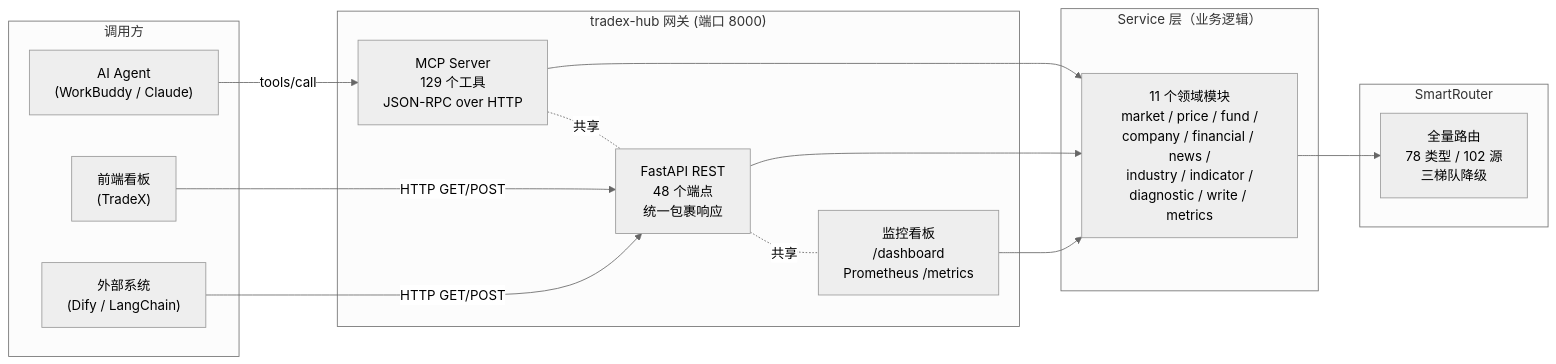
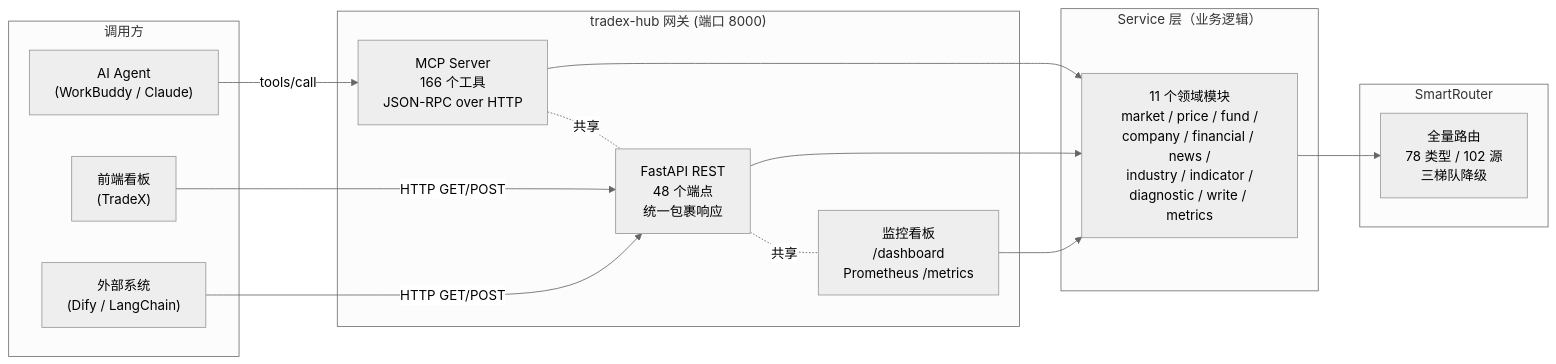
The first of 2 diagrams in README.md (wolfjkd/tradex-hub), drawn with Mermaid (neutral theme) before and after one commit. The commit also changed other lines of this file and 74 other files, not shown here.

````diff
--- a/README.md
+++ b/README.md
@@ -97,32 +97,32 @@
 ```mermaid
 flowchart LR
     subgraph Caller["调用方"]
         A1["AI Agent<br/>(WorkBuddy / Claude)"]
         A2["前端看板<br/>(TradeX)"]
         A3["外部系统<br/>(Dify / LangChain)"]
     end
 
     subgraph Gateway["tradex-hub 网关 (端口 8000)"]
-        B1["MCP Server<br/>129 个工具<br/>JSON-RPC over HTTP"]
+        B1["MCP Server<br/>166 个工具<br/>JSON-RPC over HTTP"]
         B2["FastAPI REST<br/>48 个端点<br/>统一包裹响应"]
         B3["监控看板<br/>/dashboard<br/>Prometheus /metrics"]
         B1 -.共享.- B2
         B2 -.共享.- B3
     end
 
     subgraph Service["Service 层（业务逻辑）"]
         C1["11 个领域模块<br/>market / price / fund /<br/>company / financial / news /<br/>industry / indicator /<br/>diagnostic / write / metrics"]
     end
 
     subgraph Router["SmartRouter"]
         D1["全量路由<br/>78 类型 / 102 源<br/>三梯队降级"]
     end
 
     A1 -->|tools/call| B1
     A2 -->|HTTP GET/POST| B2
     A3 -->|HTTP GET/POST| B2
     B1 --> C1
     B2 --> C1
     B3 --> C1
     C1 --> D1
 ```
````
